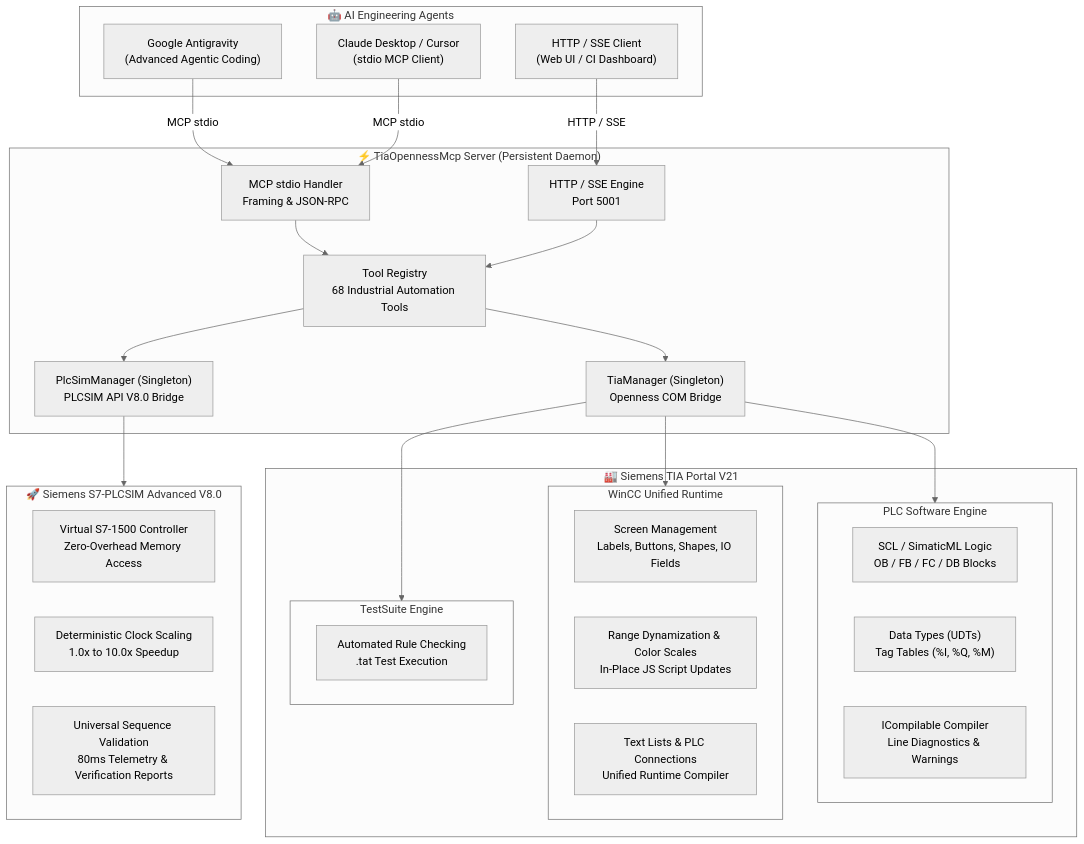
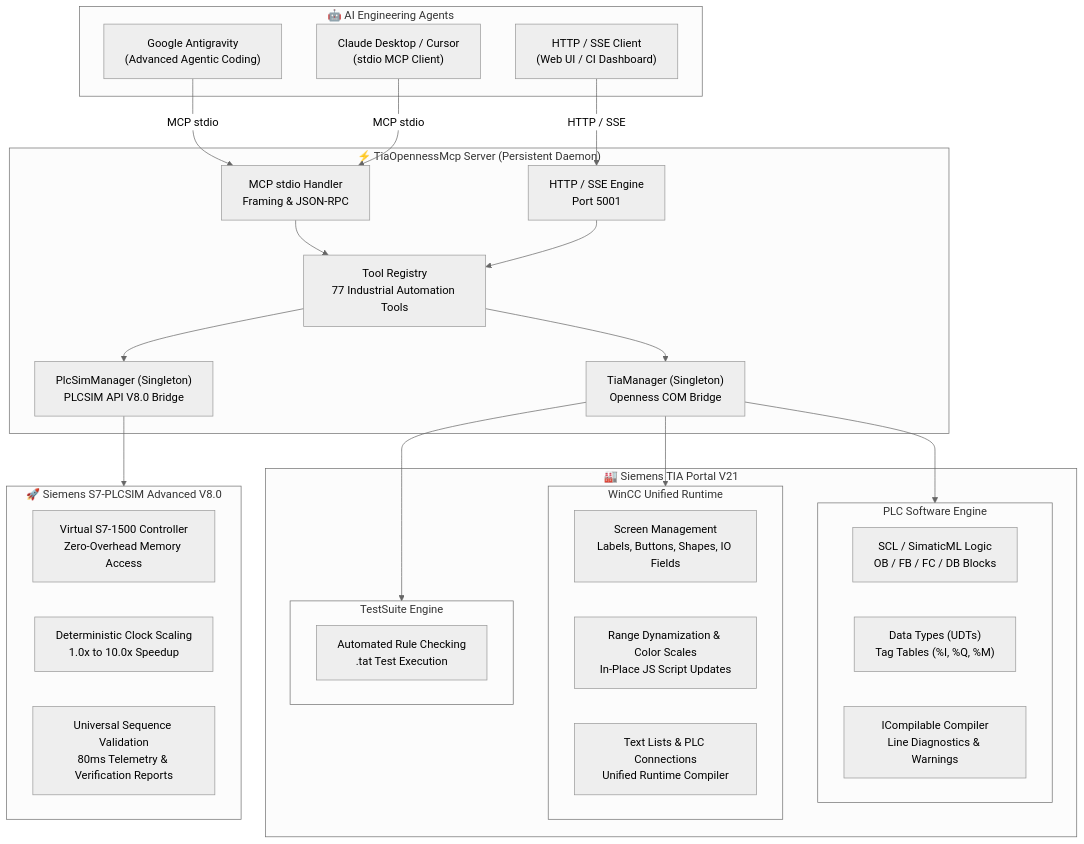
Before and after one commit to ie-kil/TIA-MCP-Server: the first of 7 diagrams in README.md, drawn with Mermaid (neutral theme). The commit also changed other lines of this file and 15 other files, not shown here.

````diff
--- a/README.md
+++ b/README.md
@@ -61,50 +61,50 @@
 ```mermaid
 flowchart TD
     subgraph AGENTS["🤖 AI Engineering Agents"]
         AgentAntigravity["Google Antigravity<br/>(Advanced Agentic Coding)"]
         AgentClaude["Claude Desktop / Cursor<br/>(stdio MCP Client)"]
         AgentCustom["HTTP / SSE Client<br/>(Web UI / CI Dashboard)"]
     end
 
     subgraph SERVER["⚡ TiaOpennessMcp Server (Persistent Daemon)"]
         TransportStdio["MCP stdio Handler<br/>Framing & JSON-RPC"]
         TransportHttp["HTTP / SSE Engine<br/>Port 5001"]
-        ToolRegistry["Tool Registry<br/>68 Industrial Automation Tools"]
+        ToolRegistry["Tool Registry<br/>77 Industrial Automation Tools"]
         TiaMgr["TiaManager (Singleton)<br/>Openness COM Bridge"]
         PlcSimMgr["PlcSimManager (Singleton)<br/>PLCSIM API V8.0 Bridge"]
     end
 
     subgraph TIA["🏭 Siemens TIA Portal V21"]
         subgraph PLC["PLC Software Engine"]
             PlcLogic["SCL / SimaticML Logic<br/>OB / FB / FC / DB Blocks"]
             PlcTypes["Data Types (UDTs)<br/>Tag Tables (%I, %Q, %M)"]
             PlcCompile["ICompilable Compiler<br/>Line Diagnostics & Warnings"]
         end
         subgraph HMI["WinCC Unified Runtime"]
             HmiScreens["Screen Management<br/>Labels, Buttons, Shapes, IO Fields"]
             HmiDynamization["Range Dynamization & Color Scales<br/>In-Place JS Script Updates"]
             HmiComm["Text Lists & PLC Connections<br/>Unified Runtime Compiler"]
         end
         subgraph TEST["TestSuite Engine"]
             TestSuite["Automated Rule Checking<br/>.tat Test Execution"]
         end
     end
 
     subgraph SIM["🚀 Siemens S7-PLCSIM Advanced V8.0"]
         SimRuntime["Virtual S7-1500 Controller<br/>Zero-Overhead Memory Access"]
         SimScale["Deterministic Clock Scaling<br/>1.0x to 10.0x Speedup"]
         SimSeq["Universal Sequence Validation<br/>80ms Telemetry & Verification Reports"]
     end
 
     AgentAntigravity -->|MCP stdio| TransportStdio
     AgentClaude -->|MCP stdio| TransportStdio
     AgentCustom -->|HTTP / SSE| TransportHttp
     TransportStdio --> ToolRegistry
     TransportHttp --> ToolRegistry
     ToolRegistry --> TiaMgr
     ToolRegistry --> PlcSimMgr
     TiaMgr --> PLC
     TiaMgr --> HMI
     TiaMgr --> TEST
     PlcSimMgr --> SIM
 ```
````
